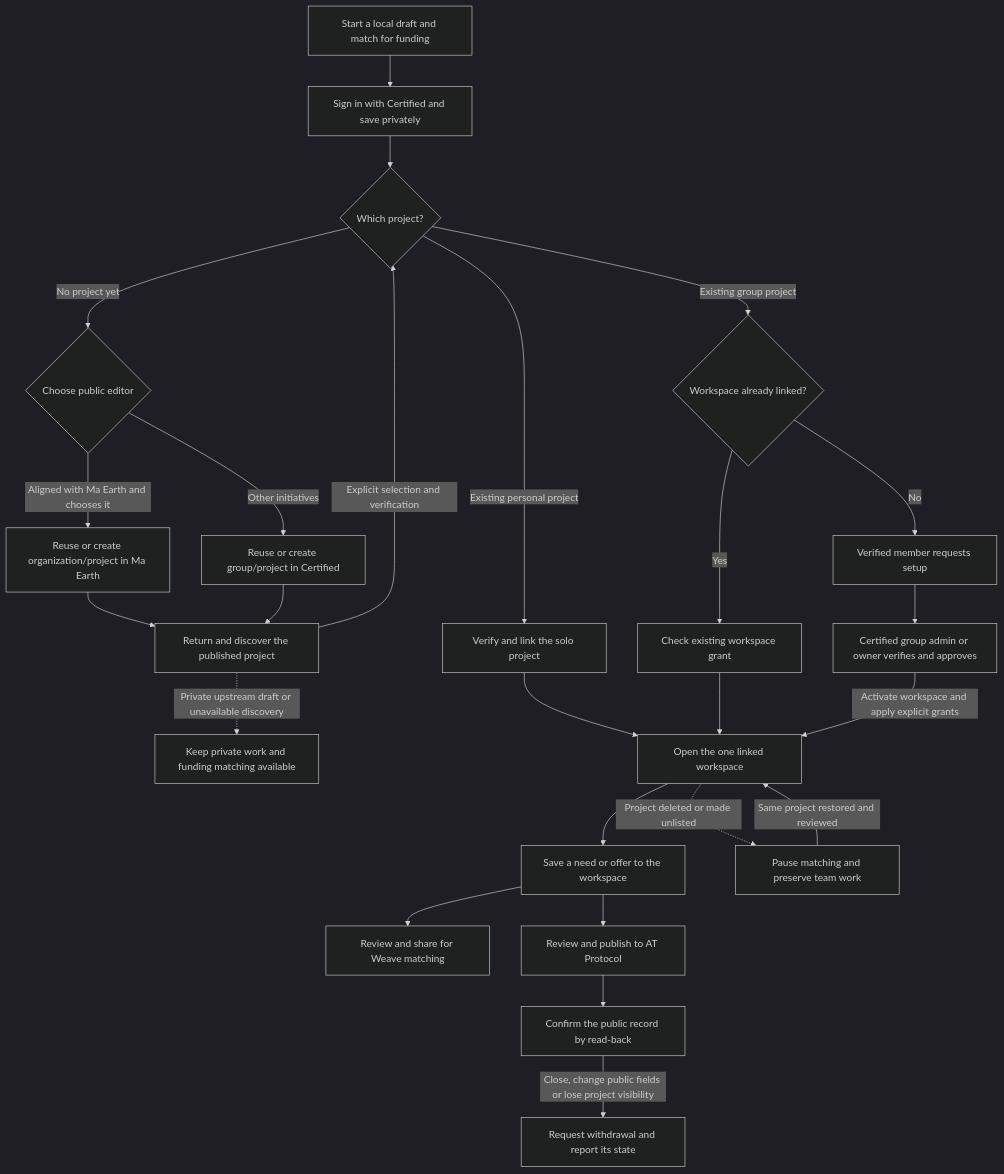
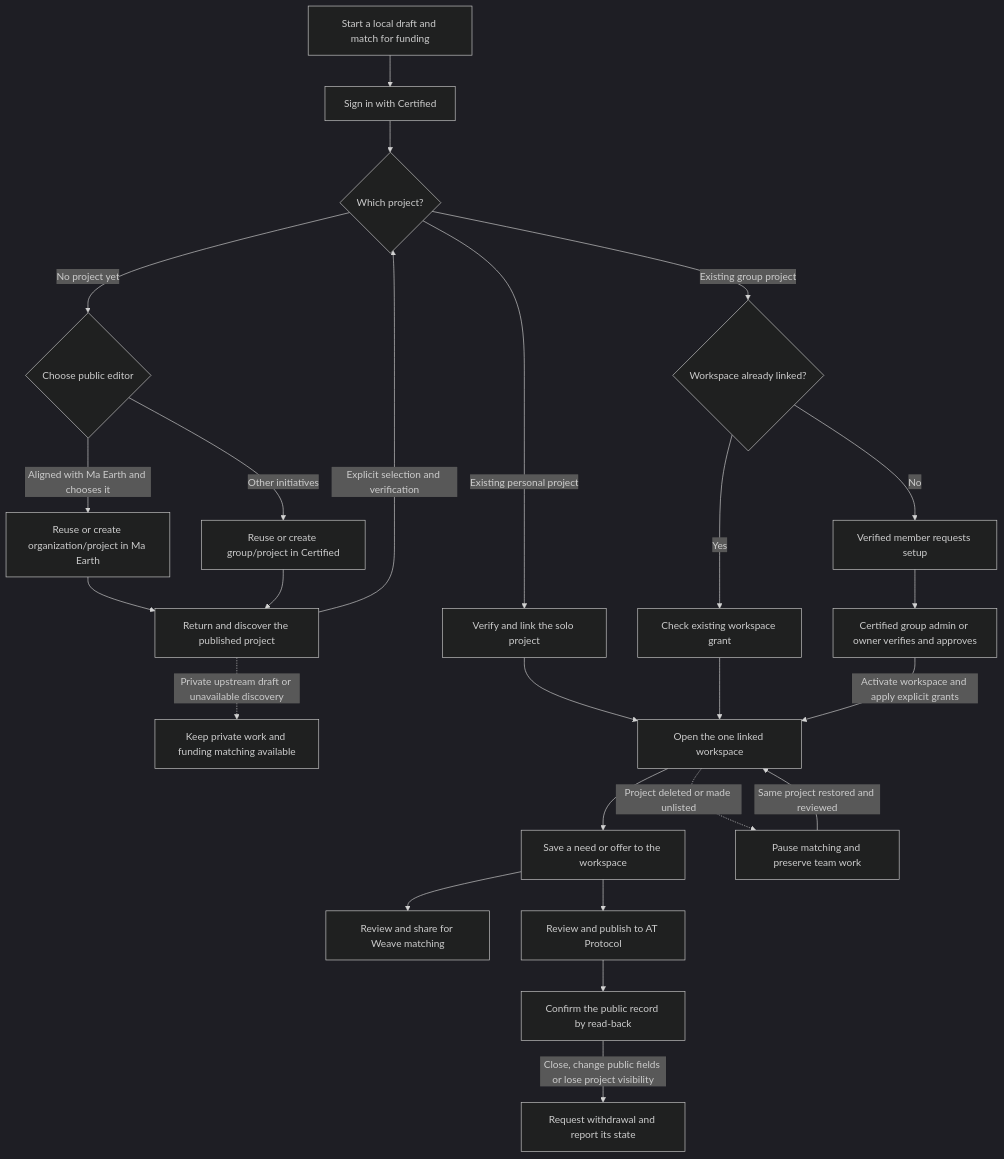
One commit to regen-commons/weave changed the second of 10 diagrams in docs/platform/03-logical-architecture.md. Above: the diagram before and after it, drawn with Mermaid (dark theme). The commit also changed 17 other files, not shown here.

````diff
--- a/docs/platform/03-logical-architecture.md
+++ b/docs/platform/03-logical-architecture.md
@@ -63,27 +63,27 @@
 ```mermaid
 flowchart TB
-  draft["Start a local draft and match for funding"] --> save["Sign in with Certified and save privately"]
+  draft["Start a local draft and match for funding"] --> save["Sign in with Certified"]
   save --> select{"Which project?"}
   select -->|"No project yet"| editor{"Choose public editor"}
   editor -->|"Aligned with Ma Earth and chooses it"| ma["Reuse or create organization/project in Ma Earth"]
   editor -->|"Other initiatives"| certifiedEditor["Reuse or create group/project in Certified"]
   select -->|"Existing personal project"| solo["Verify and link the solo project"]
   select -->|"Existing group project"| access{"Workspace already linked?"}
   access -->|"Yes"| grant["Check existing workspace grant"]
   access -->|"No"| request["Verified member requests setup"]
   request --> approve["Certified group admin or owner verifies and approves"]
   ma --> readback["Return and discover the published project"]
   certifiedEditor --> readback
   readback -->|"Explicit selection and verification"| select
   readback -.->|"Private upstream draft or unavailable discovery"| keepWorking["Keep private work and funding matching available"]
   solo --> workspace["Open the one linked workspace"]
   grant --> workspace
   approve -->|"Activate workspace and apply explicit grants"| workspace
   workspace --> entry["Save a need or offer to the workspace"]
   entry --> share["Review and share for Weave matching"]
   entry --> publish["Review and publish to AT Protocol"]
   publish --> confirmed["Confirm the public record by read-back"]
   confirmed -->|"Close, change public fields or lose project visibility"| withdraw["Request withdrawal and report its state"]
   workspace -.->|"Project deleted or made unlisted"| paused["Pause matching and preserve team work"]
   paused -->|"Same project restored and reviewed"| workspace
 ```
````
